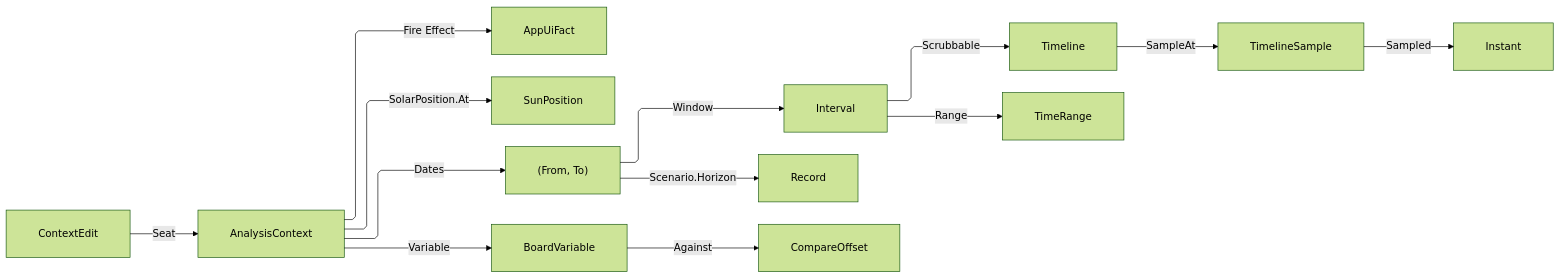
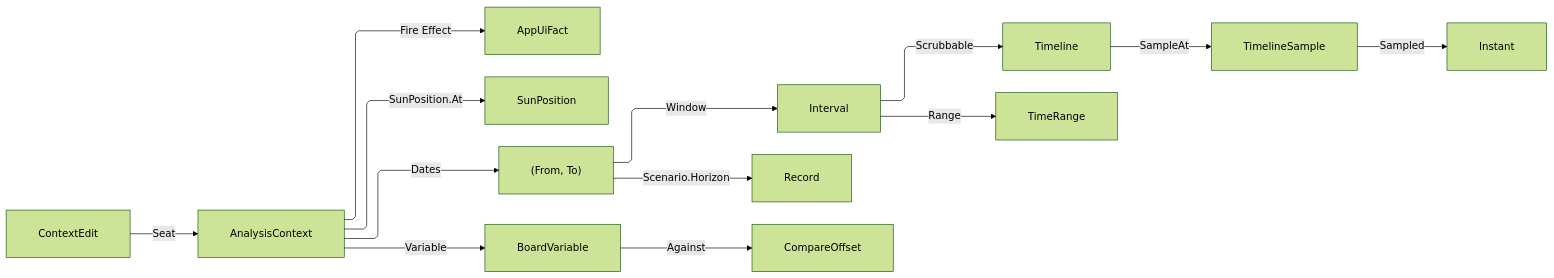
The diagram in libs/dotnet/Rasm.AppUi/.planning/Analysis/context.md (bsamiee/Rasm), drawn with Mermaid (forest theme) before and after one commit. The commit also changed other lines of this file and 83 other files, not shown here.

````diff
--- a/libs/dotnet/Rasm.AppUi/.planning/Analysis/context.md
+++ b/libs/dotnet/Rasm.AppUi/.planning/Analysis/context.md
@@ -286,24 +290,24 @@
 ```mermaid
 ---
 config:
   layout: elk
   flowchart:
     curve: linear
     padding: 25
 ---
 flowchart LR
     accTitle: One analysis context, its one seat, and its three projections
     accDescr: Three context verbs arriving as one closed edit family through a single seat that re-admits the coordinate, fires its settled fact, and resolves one civil date pair into the solar window, horizon-shifted record window, linear scrub track, absolute board range, and scenario variable.
     ContextEdit -->|Seat| AnalysisContext
     AnalysisContext -->|Fire Effect| AppUiFact
-    AnalysisContext -->|SolarPosition.At| SunPosition
+    AnalysisContext -->|SunPosition.At| SunPosition
     AnalysisContext -->|Dates| CivilSpan["(From, To)"]
     CivilSpan -->|Window| Interval
     CivilSpan -->|Scenario.Horizon| RecordWindow["Record"]
     Interval -->|Scrubbable| Timeline
     Timeline -->|SampleAt| TimelineSample
     TimelineSample -->|Sampled| Instant
     Interval -->|Range| TimeRange
     AnalysisContext -->|Variable| BoardVariable
     BoardVariable -->|Against| CompareOffset
 ```
````
